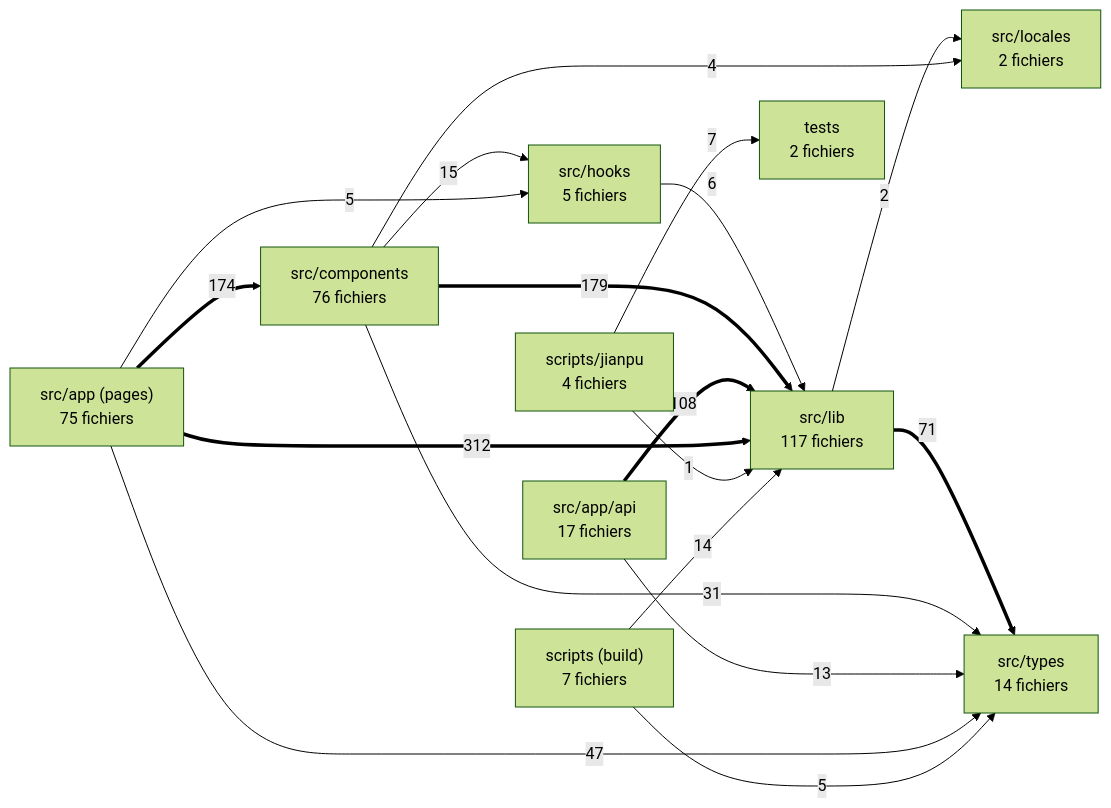
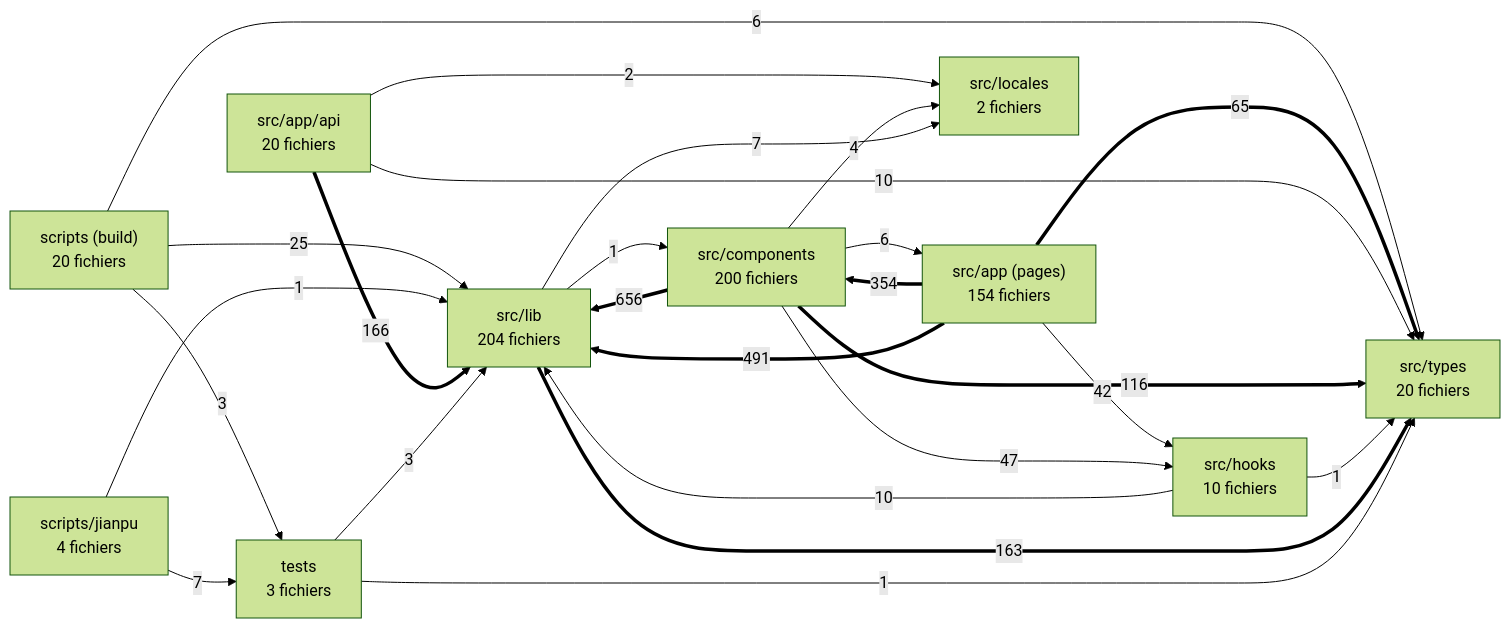
Before and after one commit to gcccfranco/GCC: the diagram in docs/diagrammes/40-dependances-couches.mmd, drawn with Mermaid (forest theme). The commit also changed 39 other files, not shown here.

First line of the commit message:
B6c (corrections de l'audit) : ARCHITECTURE.md par ses sources, ligne PWA du CLAUDE.md

```diff
--- a/docs/diagrammes/40-dependances-couches.mmd
+++ b/docs/diagrammes/40-dependances-couches.mmd
@@ -1,29 +1,36 @@
 %% Généré par scripts/diagrammes/generer.ts (dependency-cruiser). Ne pas modifier à la main.
 flowchart LR
-  n0["scripts (build)<br/>7 fichiers"]
+  n0["scripts (build)<br/>20 fichiers"]
   n1["scripts/jianpu<br/>4 fichiers"]
-  n2["src/app (pages)<br/>75 fichiers"]
-  n3["src/app/api<br/>17 fichiers"]
-  n4["src/components<br/>76 fichiers"]
-  n5["src/hooks<br/>5 fichiers"]
-  n6["src/lib<br/>117 fichiers"]
+  n2["src/app (pages)<br/>154 fichiers"]
+  n3["src/app/api<br/>20 fichiers"]
+  n4["src/components<br/>200 fichiers"]
+  n5["src/hooks<br/>10 fichiers"]
+  n6["src/lib<br/>204 fichiers"]
   n7["src/locales<br/>2 fichiers"]
-  n8["src/types<br/>14 fichiers"]
-  n9["tests<br/>2 fichiers"]
-  n0 -->|14| n6
-  n0 -->|5| n8
+  n8["src/types<br/>20 fichiers"]
+  n9["tests<br/>3 fichiers"]
+  n0 -->|25| n6
+  n0 -->|6| n8
+  n0 -->|3| n9
   n1 -->|1| n6
   n1 -->|7| n9
-  n2 ==>|174| n4
-  n2 -->|5| n5
-  n2 ==>|312| n6
-  n2 -->|47| n8
-  n3 ==>|108| n6
-  n3 -->|13| n8
-  n4 -->|15| n5
-  n4 ==>|179| n6
+  n2 ==>|354| n4
+  n2 -->|42| n5
+  n2 ==>|491| n6
+  n2 ==>|65| n8
+  n3 ==>|166| n6
+  n3 -->|2| n7
+  n3 -->|10| n8
+  n4 -->|6| n2
+  n4 -->|47| n5
+  n4 ==>|656| n6
   n4 -->|4| n7
-  n4 -->|31| n8
-  n5 -->|6| n6
-  n6 -->|2| n7
-  n6 ==>|71| n8
+  n4 ==>|116| n8
+  n5 -->|10| n6
+  n5 -->|1| n8
+  n6 -->|1| n4
+  n6 -->|7| n7
+  n6 ==>|163| n8
+  n9 -->|3| n6
+  n9 -->|1| n8
```
